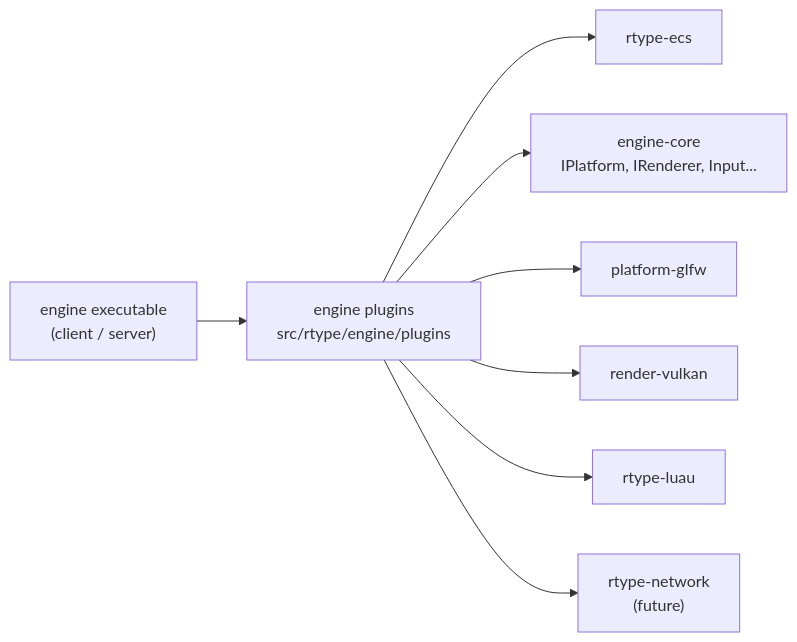
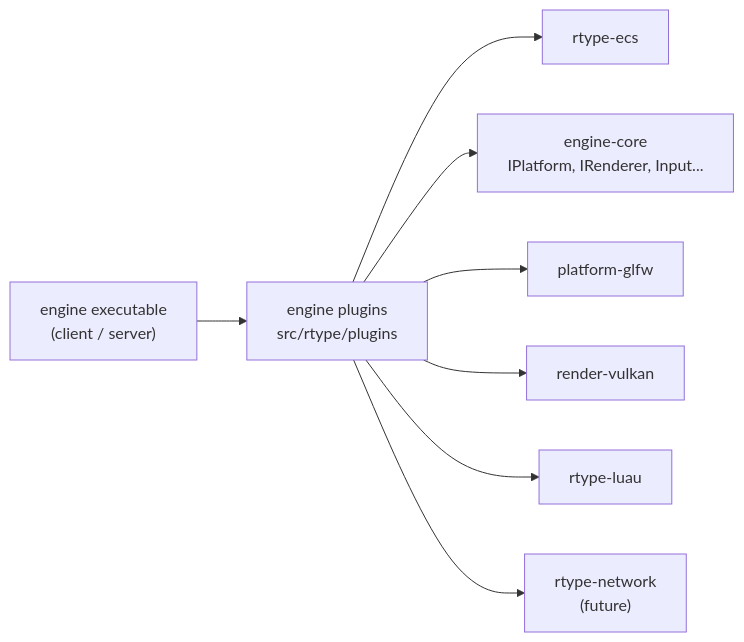
Before and after one commit to Charles-Mahoudeau/rtype: the second of 13 diagrams in docs/ecs/design.md, drawn with Mermaid. The commit also changed other lines of this file and 1 other file, not shown here.

First line of the commit message:
docs(ecs): place the engine plugins in src/rtype/plugins

````diff
--- a/docs/ecs/design.md
+++ b/docs/ecs/design.md
@@ -104,10 +104,10 @@
 ```mermaid
 flowchart LR
-    engine["engine executable<br/>(client / server)"] --> plugins["engine plugins<br/>src/rtype/engine/plugins"]
+    engine["engine executable<br/>(client / server)"] --> plugins["engine plugins<br/>src/rtype/plugins"]
     plugins --> ecs["rtype-ecs"]
     plugins --> core["engine-core<br/>IPlatform, IRenderer, Input..."]
     plugins --> glfw["platform-glfw"]
     plugins --> vulkan["render-vulkan"]
     plugins --> luau["rtype-luau"]
     plugins --> network["rtype-network<br/>(future)"]
 ```
````
